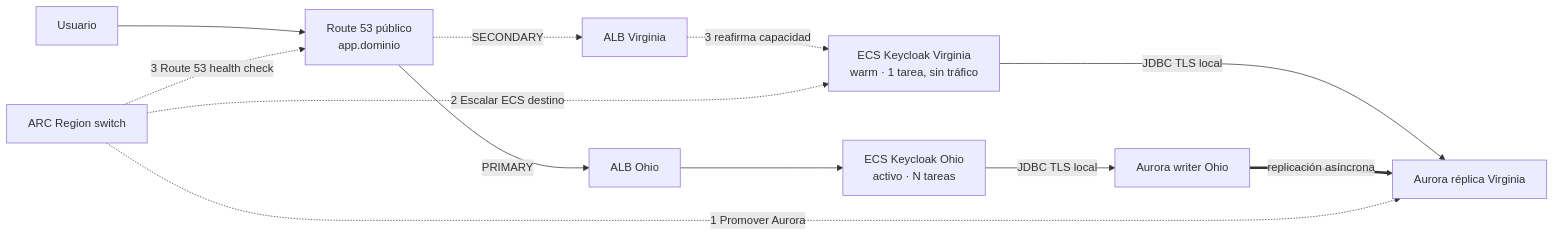
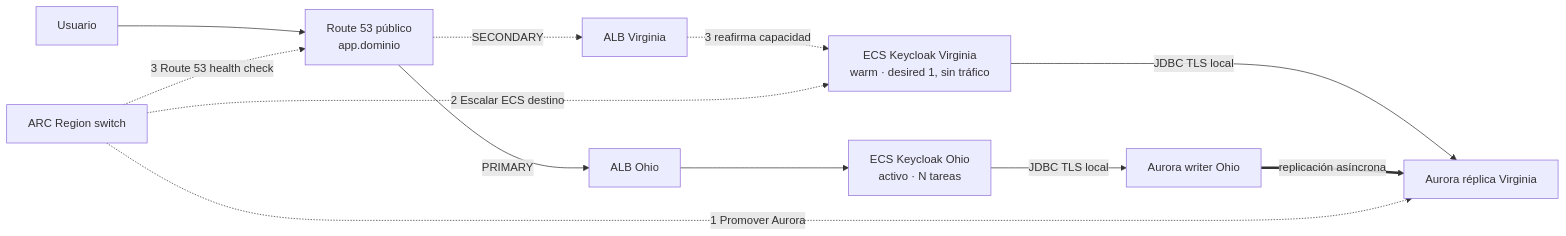
The diagram in docs/architecture.md (gocloudLa/lab-aws-dr-architecture), drawn with Mermaid before and after one commit. The commit also changed other lines of this file and 9 other files, not shown here.

````diff
--- a/docs/architecture.md
+++ b/docs/architecture.md
@@ -5,14 +5,14 @@
 ```mermaid
 flowchart LR
   U[Usuario] --> D["Route 53 público<br/>app.dominio"]
   D -->|PRIMARY| A2[ALB Ohio]
   D -. SECONDARY .-> A1[ALB Virginia]
   A2 --> E2["ECS Keycloak Ohio<br/>activo · N tareas"]
-  A1 -. "3 reafirma capacidad" .-> E1["ECS Keycloak Virginia<br/>warm · 1 tarea, sin tráfico"]
+  A1 -. "3 reafirma capacidad" .-> E1["ECS Keycloak Virginia<br/>warm · desired 1, sin tráfico"]
   E2 -->|JDBC TLS local| W[Aurora writer Ohio]
   E1 -->|JDBC TLS local| R[Aurora réplica Virginia]
   W == replicación asíncrona ==> R
   ARC[ARC Region switch] -. "1 Promover Aurora" .-> R
   ARC -. "2 Escalar ECS destino" .-> E1
   ARC -. "3 Route 53 health check" .-> D
 ```
````
